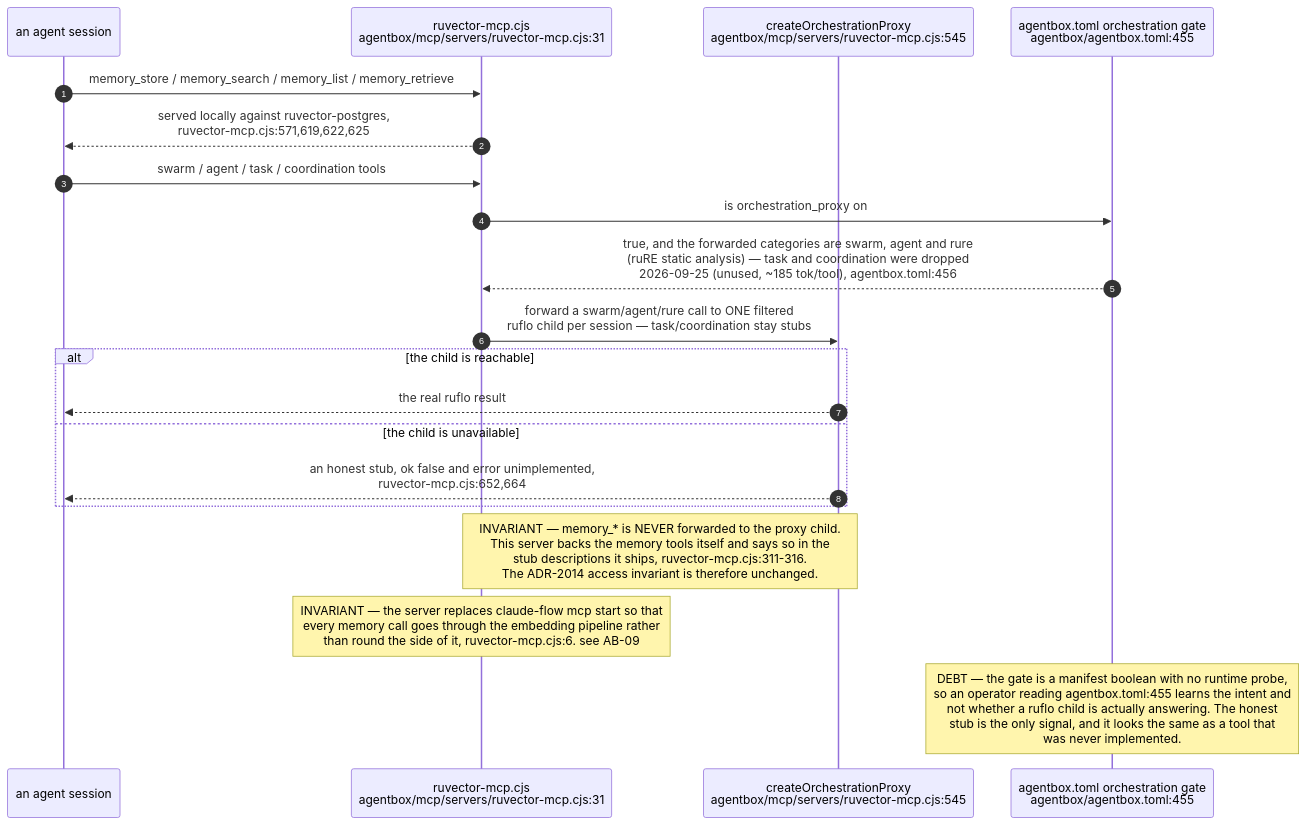
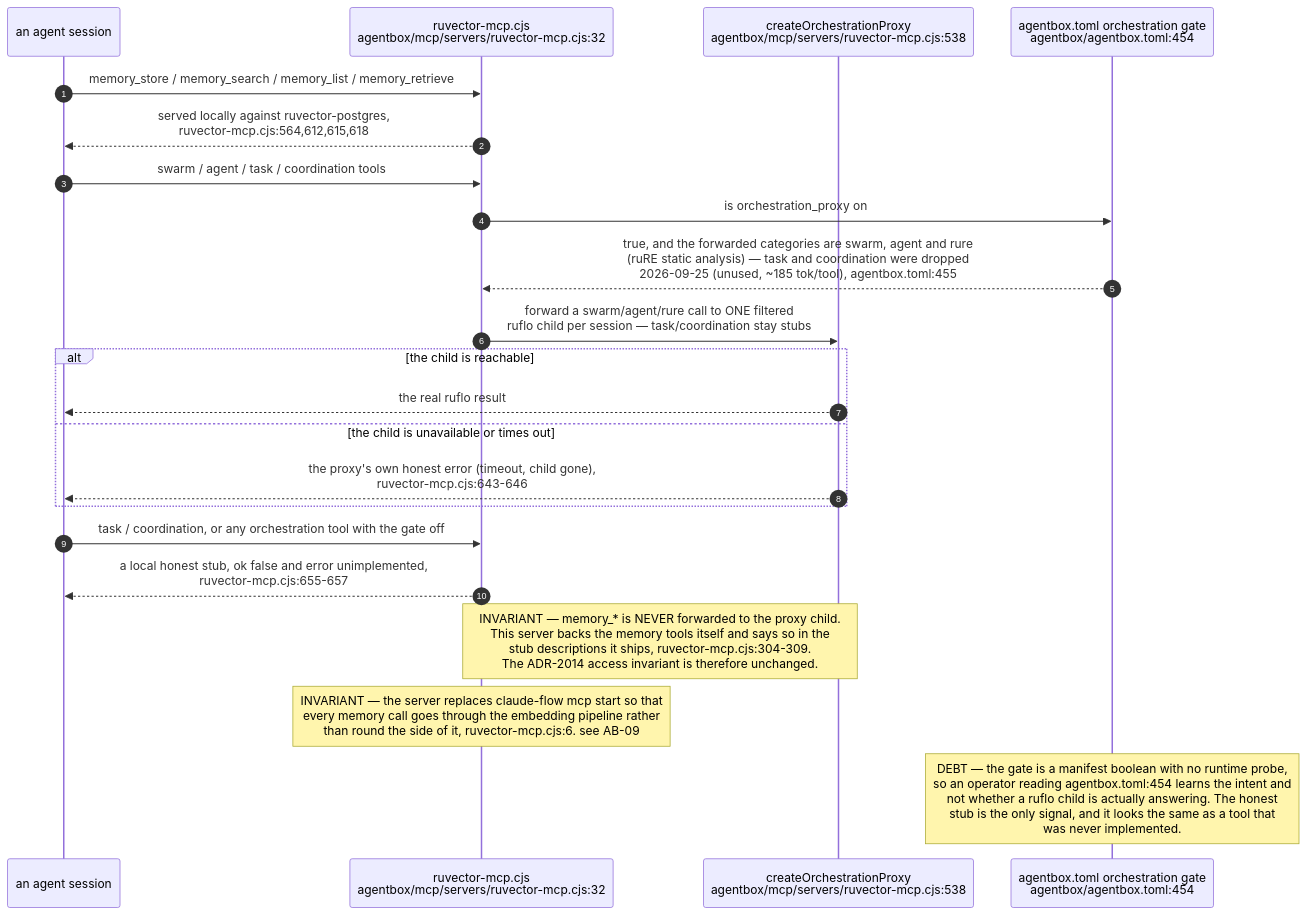
The sixth of 6 diagrams in docs/diagrams/estate/07-memory-and-embedding-estate.md (DreamLab-AI/VisionFlow), drawn with Mermaid before and after one commit. The commit also changed other lines of this file and 91 other files, not shown here.

````diff
--- a/docs/diagrams/estate/07-memory-and-embedding-estate.md
+++ b/docs/diagrams/estate/07-memory-and-embedding-estate.md
@@ -206,25 +207,27 @@
 ```mermaid
 sequenceDiagram
     autonumber
     participant AG as an agent session
-    participant RV as ruvector-mcp.cjs<br/>agentbox/mcp/servers/ruvector-mcp.cjs:31
-    participant PROXY as createOrchestrationProxy<br/>agentbox/mcp/servers/ruvector-mcp.cjs:545
-    participant MAN as agentbox.toml orchestration gate<br/>agentbox/agentbox.toml:455
+    participant RV as ruvector-mcp.cjs<br/>agentbox/mcp/servers/ruvector-mcp.cjs:32
+    participant PROXY as createOrchestrationProxy<br/>agentbox/mcp/servers/ruvector-mcp.cjs:538
+    participant MAN as agentbox.toml orchestration gate<br/>agentbox/agentbox.toml:454
 
     AG->>RV: memory_store / memory_search / memory_list / memory_retrieve
-    RV-->>AG: served locally against ruvector-postgres,<br/>ruvector-mcp.cjs:571,619,622,625
+    RV-->>AG: served locally against ruvector-postgres,<br/>ruvector-mcp.cjs:564,612,615,618
 
     AG->>RV: swarm / agent / task / coordination tools
     RV->>MAN: is orchestration_proxy on
-    MAN-->>RV: true, and the forwarded categories are swarm, agent and rure<br/>(ruRE static analysis) — task and coordination were dropped<br/>2026-09-25 (unused, ~185 tok/tool), agentbox.toml:456
+    MAN-->>RV: true, and the forwarded categories are swarm, agent and rure<br/>(ruRE static analysis) — task and coordination were dropped<br/>2026-09-25 (unused, ~185 tok/tool), agentbox.toml:455
     RV->>PROXY: forward a swarm/agent/rure call to ONE filtered<br/>ruflo child per session — task/coordination stay stubs
     alt the child is reachable
         PROXY-->>AG: the real ruflo result
-    else the child is unavailable
-        PROXY-->>AG: an honest stub, ok false and error unimplemented,<br/>ruvector-mcp.cjs:652,664
+    else the child is unavailable or times out
+        PROXY-->>AG: the proxy's own honest error (timeout, child gone),<br/>ruvector-mcp.cjs:643-646
     end
+    AG->>RV: task / coordination, or any orchestration tool with the gate off
+    RV-->>AG: a local honest stub, ok false and error unimplemented,<br/>ruvector-mcp.cjs:655-657
 
-    Note over RV,PROXY: INVARIANT — memory_* is NEVER forwarded to the proxy child.<br/>This server backs the memory tools itself and says so in the<br/>stub descriptions it ships, ruvector-mcp.cjs:311-316.<br/>The ADR-2014 access invariant is therefore unchanged.
+    Note over RV,PROXY: INVARIANT — memory_* is NEVER forwarded to the proxy child.<br/>This server backs the memory tools itself and says so in the<br/>stub descriptions it ships, ruvector-mcp.cjs:304-309.<br/>The ADR-2014 access invariant is therefore unchanged.
     Note over RV: INVARIANT — the server replaces claude-flow mcp start so that<br/>every memory call goes through the embedding pipeline rather<br/>than round the side of it, ruvector-mcp.cjs:6. see AB-09
-    Note over MAN: DEBT — the gate is a manifest boolean with no runtime probe,<br/>so an operator reading agentbox.toml:455 learns the intent and<br/>not whether a ruflo child is actually answering. The honest<br/>stub is the only signal, and it looks the same as a tool that<br/>was never implemented.
+    Note over MAN: DEBT — the gate is a manifest boolean with no runtime probe,<br/>so an operator reading agentbox.toml:454 learns the intent and<br/>not whether a ruflo child is actually answering. The honest<br/>stub is the only signal, and it looks the same as a tool that<br/>was never implemented.
 ```
````
